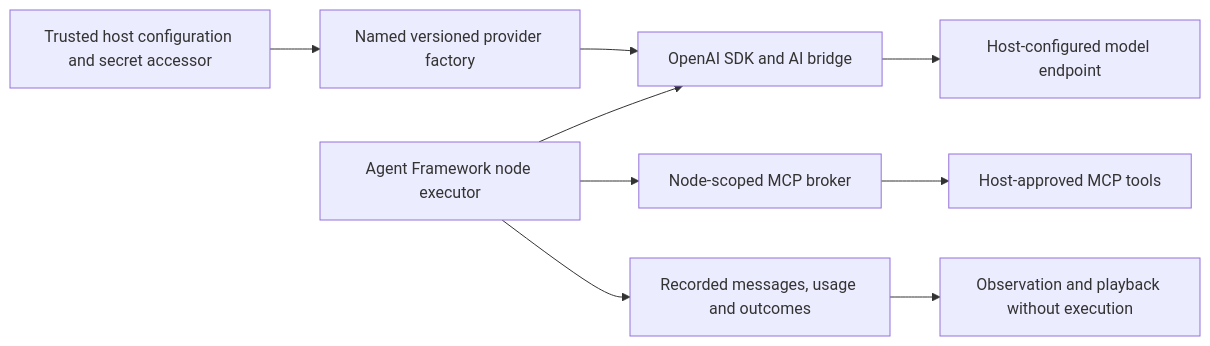
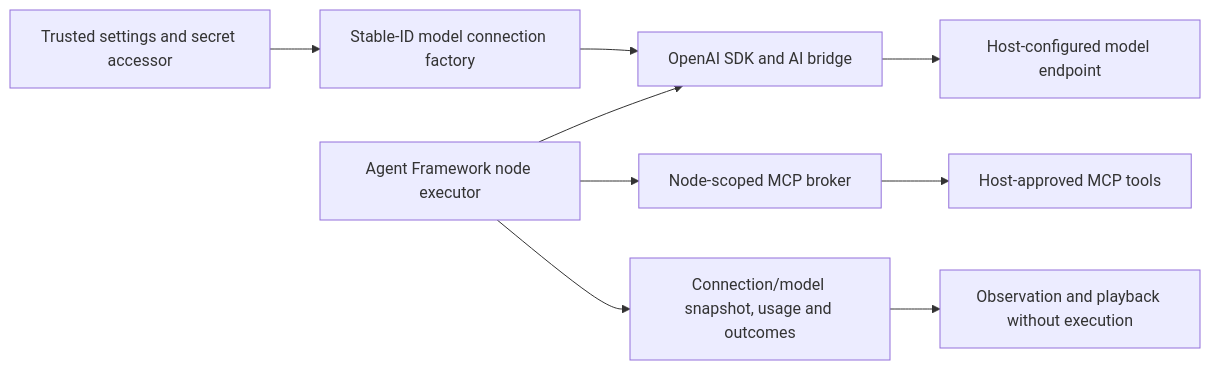
The diagram in docs/model-providers.md (gnalvesteffer/visual-agent-workflow), drawn with Mermaid before and after one commit. The commit also changed other lines of this file and 61 other files, not shown here.

Commit message:
Make model connections editable and expose agent usage

````diff
--- a/docs/model-providers.md
+++ b/docs/model-providers.md
@@ -7,11 +7,11 @@
 ```mermaid
 flowchart LR
-    Config["Trusted host configuration and secret accessor"] --> Factory["Named versioned provider factory"]
+    Config["Trusted settings and secret accessor"] --> Factory["Stable-ID model connection factory"]
     Factory --> SDK["OpenAI SDK and AI bridge"]
     Agent["Agent Framework node executor"] --> SDK
     Agent --> Broker["Node-scoped MCP broker"]
     Broker --> MCP["Host-approved MCP tools"]
     SDK --> Model["Host-configured model endpoint"]
-    Agent --> Journal["Recorded messages, usage and outcomes"]
+    Agent --> Journal["Connection/model snapshot, usage and outcomes"]
     Journal --> View["Observation and playback without execution"]
 ```
````
